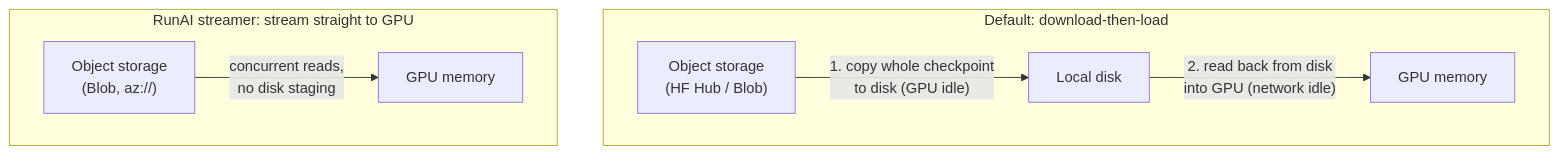
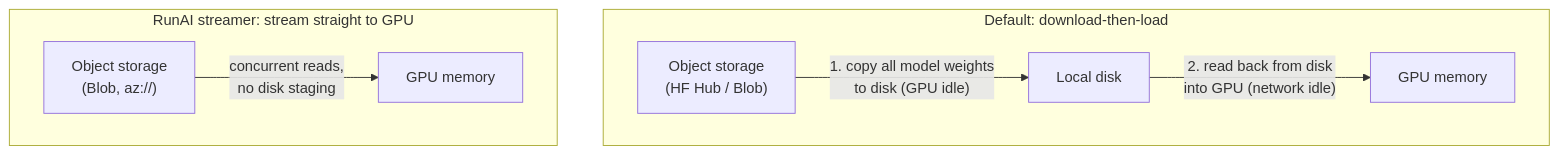
Before and after one commit to Azure/AKS: the first of 3 diagrams in website/blog/2026-06-26-runai-streamer-vllm/index.md, drawn with Mermaid. The commit also changed other lines of this file and 1 other file, not shown here.

````diff
--- a/website/blog/2026-06-26-runai-streamer-vllm/index.md
+++ b/website/blog/2026-06-26-runai-streamer-vllm/index.md
@@ -33,18 +33,18 @@
 ```mermaid
 flowchart TB
     subgraph naive["Default: download-then-load"]
         NS["Object storage<br/>(HF Hub / Blob)"]
         ND["Local disk"]
         NG["GPU memory"]
 
-        NS -->|"1. copy whole checkpoint<br/>to disk (GPU idle)"| ND
+        NS -->|"1. copy all model weights<br/>to disk (GPU idle)"| ND
         ND -->|"2. read back from disk<br/>into GPU (network idle)"| NG
     end
 
     subgraph stream["RunAI streamer: stream straight to GPU"]
         SS["Object storage<br/>(Blob, az://)"]
         SG["GPU memory"]
 
         SS -->|"concurrent reads,<br/>no disk staging"| SG
     end
 ```
````
